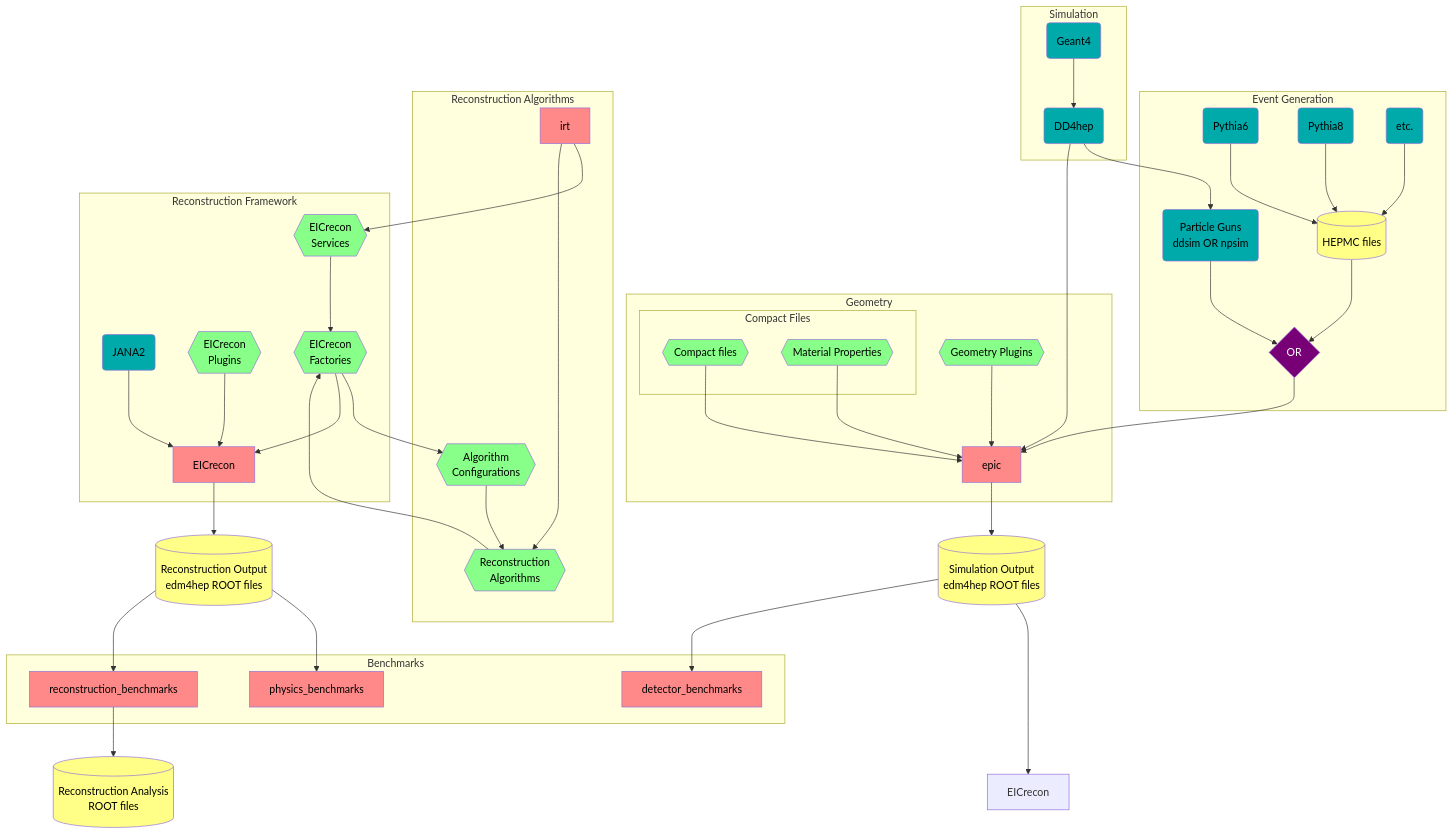
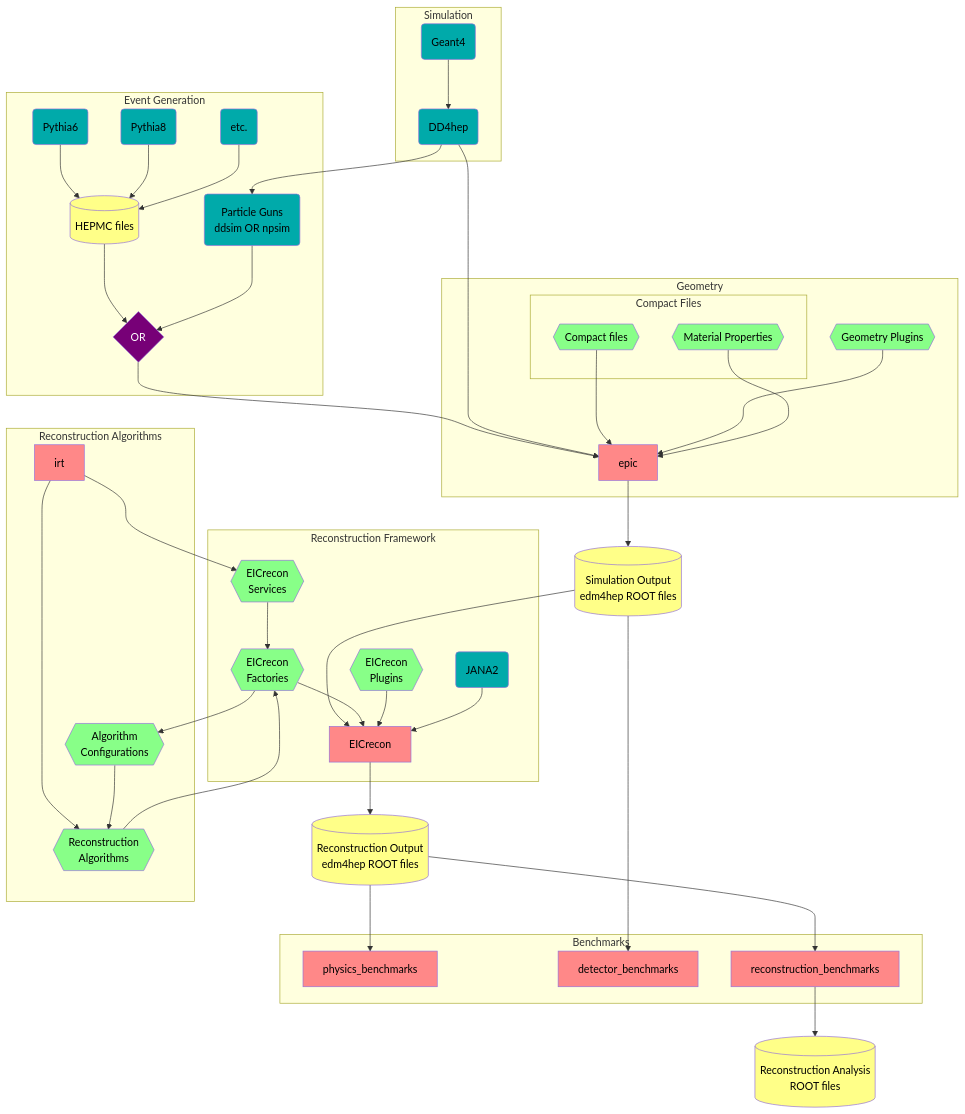
The third of 3 diagrams in README.md (eic/drich-dev), drawn with Mermaid before and after one commit.

Commit message:
modified:   README.md

````diff
--- a/README.md
+++ b/README.md
@@ -228,81 +228,81 @@
 ```mermaid
 flowchart TB
   classDef epic fill:#ff8888,color:black
   classDef dep fill:#00aaaa,color:black
   classDef obj fill:#88ff88,color:black
   classDef data fill:#ffff88,color:black
   classDef op fill:#770077,color:white
 
   subgraph Event Generation
     Pythia6(Pythia6):::dep
     Pythia8(Pythia8):::dep
     OtherGen(etc.):::dep
     Hepmc[(HEPMC files)]:::data
     Gun(Particle Guns<br/>ddsim OR npsim):::dep
     GenOR{OR}:::op
   end
   Pythia6  --> Hepmc
   Pythia8  --> Hepmc
   OtherGen --> Hepmc
   Hepmc    --> GenOR
   Gun      --> GenOR
 
   subgraph Simulation
     DD4hep(DD4hep):::dep
     Geant(Geant4):::dep
   end
   Geant --> DD4hep
 
   subgraph Geometry
     Epic[epic]:::epic
     subgraph Compact Files
       DDCompact{{Compact files}}:::obj
       DDMat{{Material Properties}}:::obj
     end
     DDPlugin{{Geometry Plugins}}:::obj
   end
   SimOut[(Simulation Output<br/>edm4hep ROOT files)]:::data
   DD4hep    --> Gun
   GenOR     --> Epic
   DD4hep    --> Epic
   DDCompact --> Epic
   DDPlugin  --> Epic
   DDMat     --> Epic
   Epic      --> SimOut
 
   subgraph Reconstruction Algorithms
     IRT[irt]:::epic
     RecoAlgorithms{{Reconstruction<br/>Algorithms}}:::obj
     RecoAlgorithmConfigs{{Algorithm<br/>Configurations}}:::obj
   end
   subgraph Reconstruction Framework
     JANA(JANA2):::dep
     EICreconPlugins{{EICrecon<br/>Plugins}}:::obj
     EICreconFactories{{EICrecon<br/>Factories}}:::obj
     EICreconServices{{EICrecon<br/>Services}}:::obj
-    EICreconRepo[EICrecon]:::epic
+    EICrecon[EICrecon]:::epic
   end
   RecOut[(Reconstruction Output<br/>edm4hep ROOT files)]:::data
   SimOut               ---> EICrecon
   IRT                  -->  EICreconServices
   IRT                  -->  RecoAlgorithms
   RecoAlgorithmConfigs -->  RecoAlgorithms
   EICreconServices     -->  EICreconFactories
   RecoAlgorithms       -->  EICreconFactories
   EICreconFactories    -->  RecoAlgorithmConfigs
-  EICreconFactories    -->  EICreconRepo
-  EICreconPlugins      -->  EICreconRepo
-  JANA                 -->  EICreconRepo
-  EICreconRepo         -->  RecOut
+  EICreconFactories    -->  EICrecon
+  EICreconPlugins      -->  EICrecon
+  JANA                 -->  EICrecon
+  EICrecon         -->  RecOut
 
   subgraph Benchmarks
     PhysicsBenchmarks[physics_benchmarks]:::epic
     DetectorBenchmarks[detector_benchmarks]:::epic
     ReconstructionBenchmarks[reconstruction_benchmarks]:::epic
   end
   AnaOut[(Reconstruction Analysis<br/>ROOT files)]:::data
   SimOut --> DetectorBenchmarks
   RecOut --> PhysicsBenchmarks
   RecOut --> ReconstructionBenchmarks --> AnaOut
 
 ```
````
